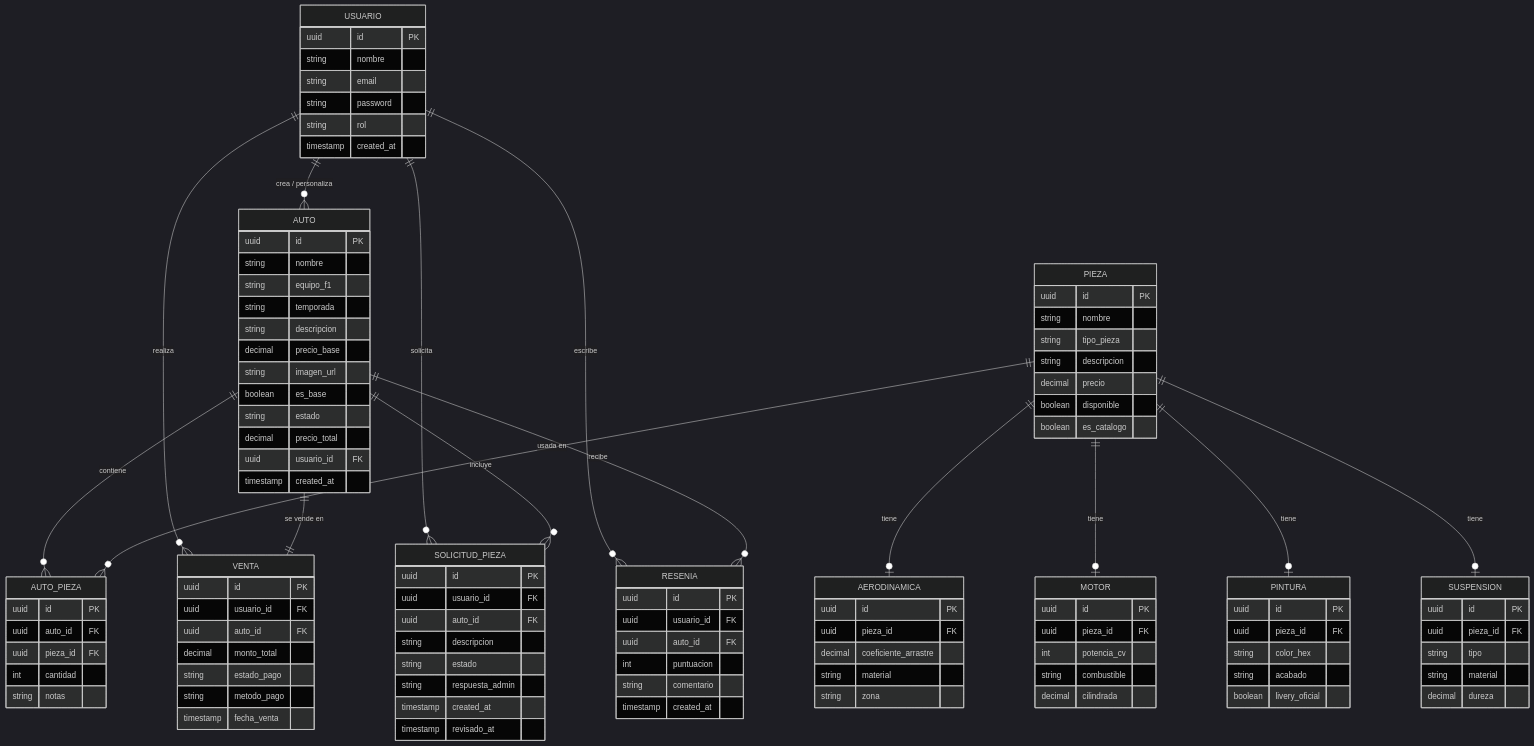
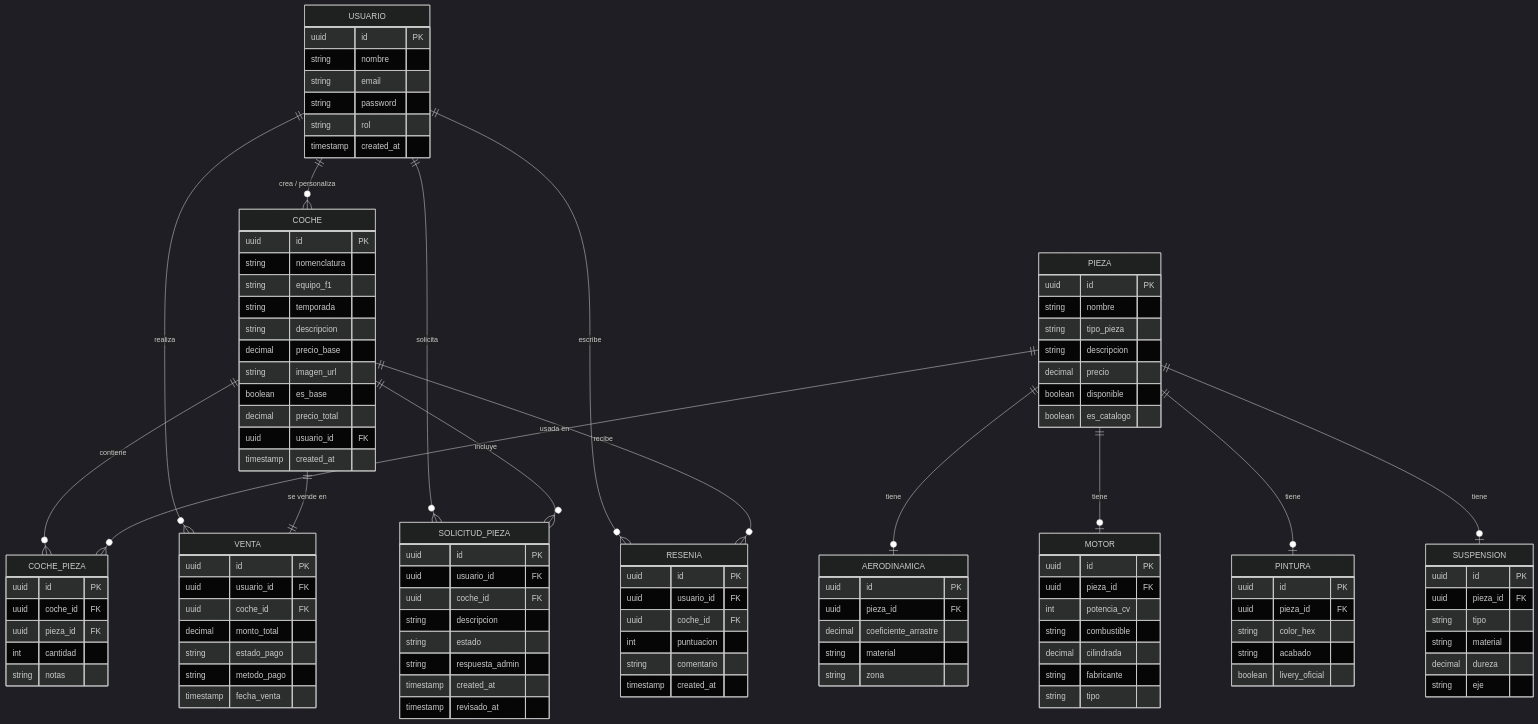
The diagram in README.md (pgb60-ua/GCS), drawn with Mermaid (dark theme) before and after one commit. The commit also changed other lines of this file, not shown here.

Commit message:
Cambios README (#1) (#2)
* Cambios README

He realizado una serie de cambios en el README:
- auto por coche
- he quitado estado
- he cambiado nombre por nomenclatura
- he metido fabricante y tipo en motor
- he metido eje en suspensión

* Fix formatting issues in README.md

ARREGLADO

---------

```diff
--- a/README.md
+++ b/README.md
@@ -14,16 +15,15 @@
     timestamp created_at
   }
 
-  AUTO {
+  COCHE {
     uuid id PK
-    string nombre
+    string nomenclatura
     string equipo_f1
     string temporada
     string descripcion
     decimal precio_base
     string imagen_url
     boolean es_base
-    string estado
     decimal precio_total
     uuid usuario_id FK
     timestamp created_at
@@ -53,6 +53,8 @@
     int potencia_cv
     string combustible
     decimal cilindrada
+    string fabricante
+    string tipo
   }
 
   PINTURA {
@@ -69,11 +71,12 @@
     string tipo
     string material
     decimal dureza
+    string eje
   }
 
-  AUTO_PIEZA {
+  COCHE_PIEZA {
     uuid id PK
-    uuid auto_id FK
+    uuid coche_id FK
     uuid pieza_id FK
     int cantidad
     string notas
@@ -82,7 +85,7 @@
   SOLICITUD_PIEZA {
     uuid id PK
     uuid usuario_id FK
-    uuid auto_id FK
+    uuid coche_id FK
     string descripcion
     string estado
     string respuesta_admin
@@ -93,7 +96,7 @@
   VENTA {
     uuid id PK
     uuid usuario_id FK
-    uuid auto_id FK
+    uuid coche_id FK
     decimal monto_total
     string estado_pago
     string metodo_pago
@@ -103,23 +106,23 @@
   RESENIA {
     uuid id PK
     uuid usuario_id FK
-    uuid auto_id FK
+    uuid coche_id FK
     int puntuacion
     string comentario
     timestamp created_at
   }
 
-  USUARIO ||--o{ AUTO : "crea / personaliza"
+  USUARIO ||--o{ COCHE : "crea / personaliza"
   USUARIO ||--o{ SOLICITUD_PIEZA : "solicita"
   USUARIO ||--o{ VENTA : "realiza"
   USUARIO ||--o{ RESENIA : "escribe"
 
-  AUTO ||--o{ AUTO_PIEZA : "contiene"
-  AUTO ||--|| VENTA : "se vende en"
-  AUTO ||--o{ SOLICITUD_PIEZA : "incluye"
-  AUTO ||--o{ RESENIA : "recibe"
+  COCHE ||--o{ COCHE_PIEZA : "contiene"
+  COCHE ||--|| VENTA : "se vende en"
+  COCHE ||--o{ SOLICITUD_PIEZA : "incluye"
+  COCHE ||--o{ RESENIA : "recibe"
 
-  PIEZA ||--o{ AUTO_PIEZA : "usada en"
+  PIEZA ||--o{ COCHE_PIEZA : "usada en"
   PIEZA ||--o| AERODINAMICA : "tiene"
   PIEZA ||--o| MOTOR : "tiene"
   PIEZA ||--o| PINTURA : "tiene"
```
